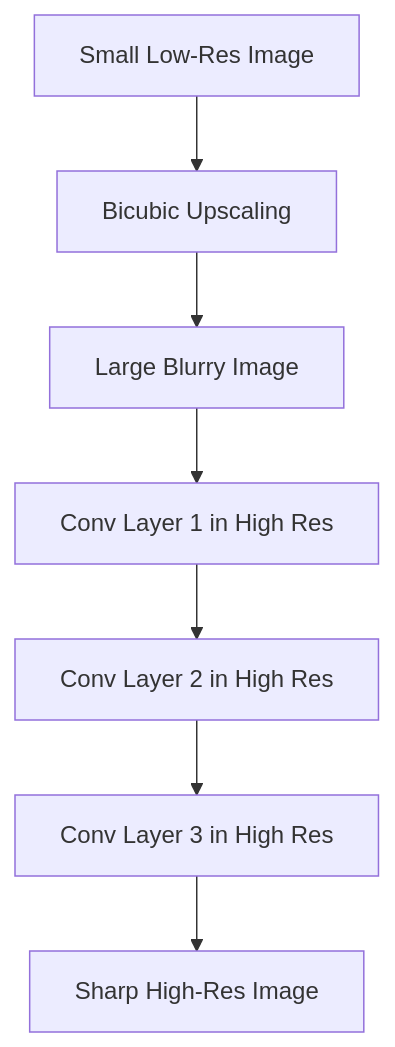
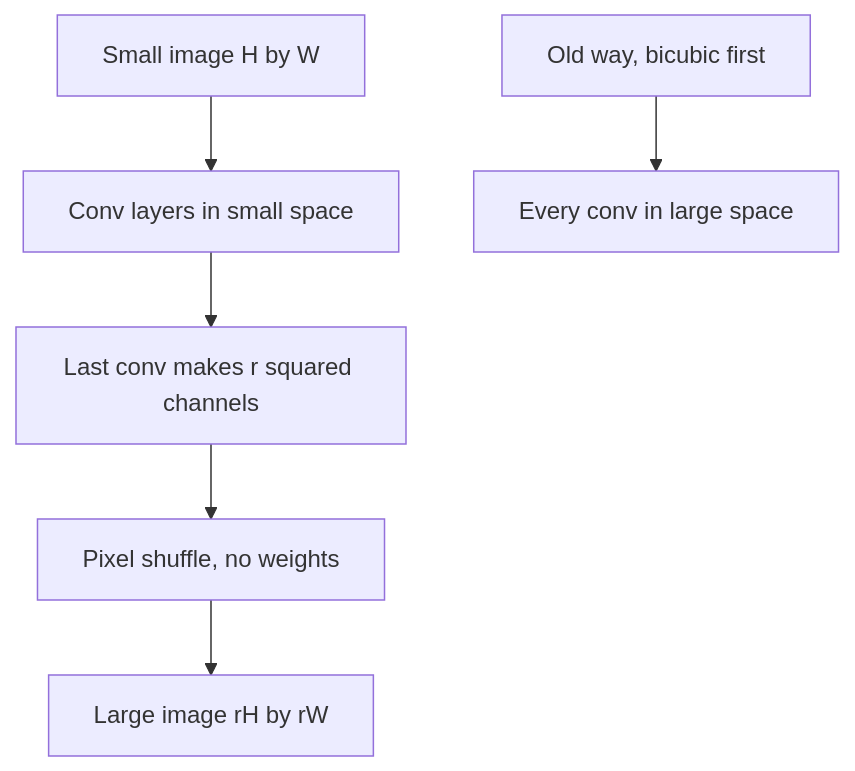
One commit to Tarunsai08/PaperStack changed the diagram in content/papers/real-time-single-image-and-video-super-resolution-using-an-e.md. Above: the diagram before and after it, drawn with Mermaid. The commit also changed other lines of this file and 14 other files, not shown here.

````diff
--- a/content/papers/real-time-single-image-and-video-super-resolution-using-an-e.md
+++ b/content/papers/real-time-single-image-and-video-super-resolution-using-an-e.md
@@ -95,9 +88,8 @@
 ```mermaid
 flowchart TD
-    A[Small Low-Res Image] --> B[Bicubic Upscaling]
-    B --> C[Large Blurry Image]
-    C --> D[Conv Layer 1 in High Res]
-    D --> E[Conv Layer 2 in High Res]
-    E --> F[Conv Layer 3 in High Res]
-    F --> G[Sharp High-Res Image]
+  A[Small image H by W] --> B[Conv layers in small space]
+  B --> C[Last conv makes r squared channels]
+  C --> D[Pixel shuffle, no weights]
+  D --> E[Large image rH by rW]
+  F[Old way, bicubic first] --> G[Every conv in large space]
 ```
````
